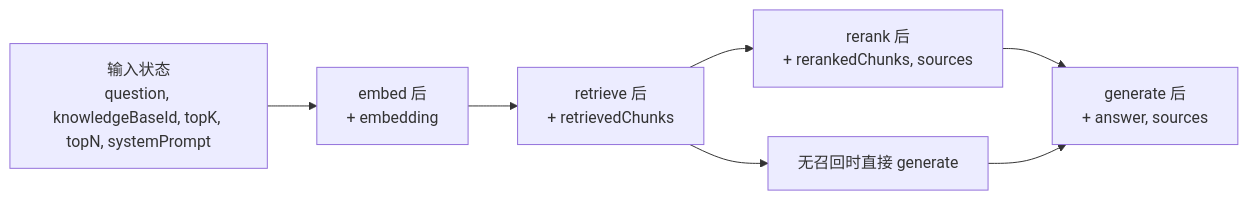
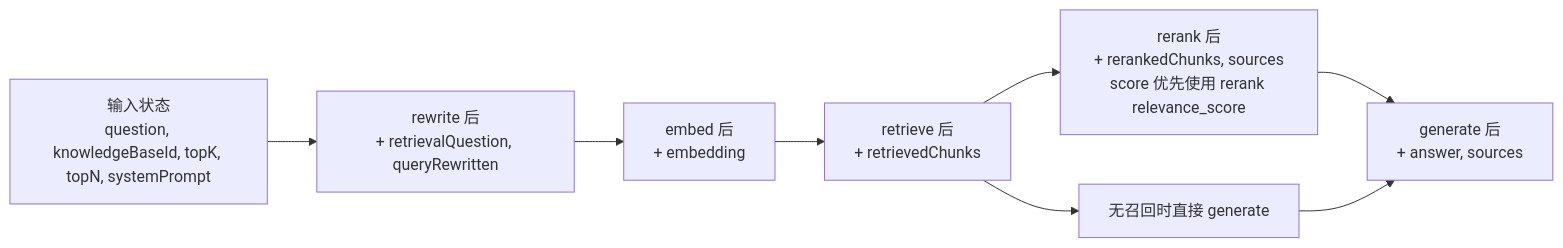
One commit to dangjingtao/uichat-mira changed the second of 2 diagrams in docs/rag-langgraph-flow.md. Above: the diagram before and after it, drawn with Mermaid. The commit also changed other lines of this file and 113 other files, not shown here.

````diff
--- a/docs/rag-langgraph-flow.md
+++ b/docs/rag-langgraph-flow.md
@@ -145,10 +510,11 @@
 ```mermaid
 flowchart LR
     A["输入状态<br/>question, knowledgeBaseId, topK, topN, systemPrompt"]
-    A --> B["embed 后<br/>+ embedding"]
-    B --> C["retrieve 后<br/>+ retrievedChunks"]
-    C --> D["rerank 后<br/>+ rerankedChunks, sources"]
-    C --> E["无召回时直接 generate"]
-    D --> F["generate 后<br/>+ answer, sources"]
-    E --> F
+    A --> B["rewrite 后<br/>+ retrievalQuestion, queryRewritten"]
+    B --> C["embed 后<br/>+ embedding"]
+    C --> D["retrieve 后<br/>+ retrievedChunks"]
+    D --> E["rerank 后<br/>+ rerankedChunks, sources<br/>score 优先使用 rerank relevance_score"]
+    D --> F["无召回时直接 generate"]
+    E --> G["generate 后<br/>+ answer, sources"]
+    F --> G
 ```
````
